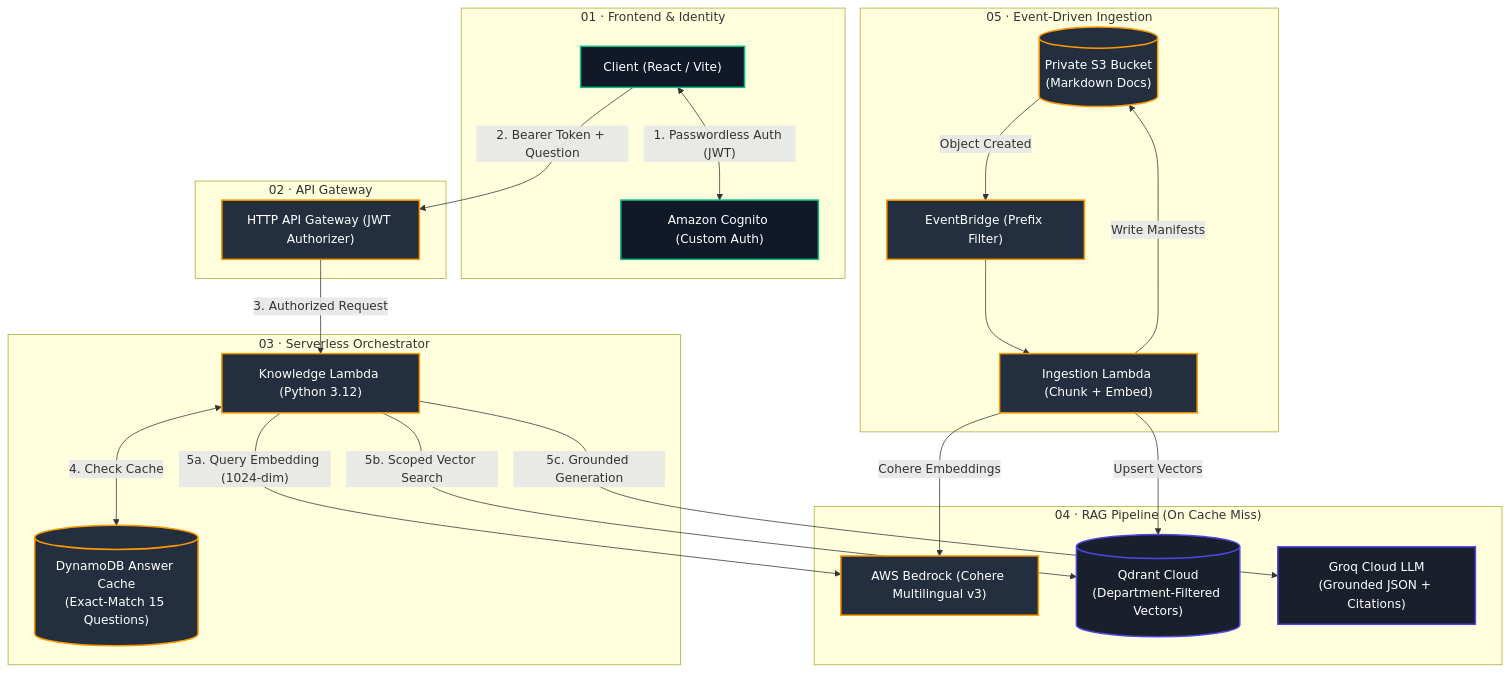
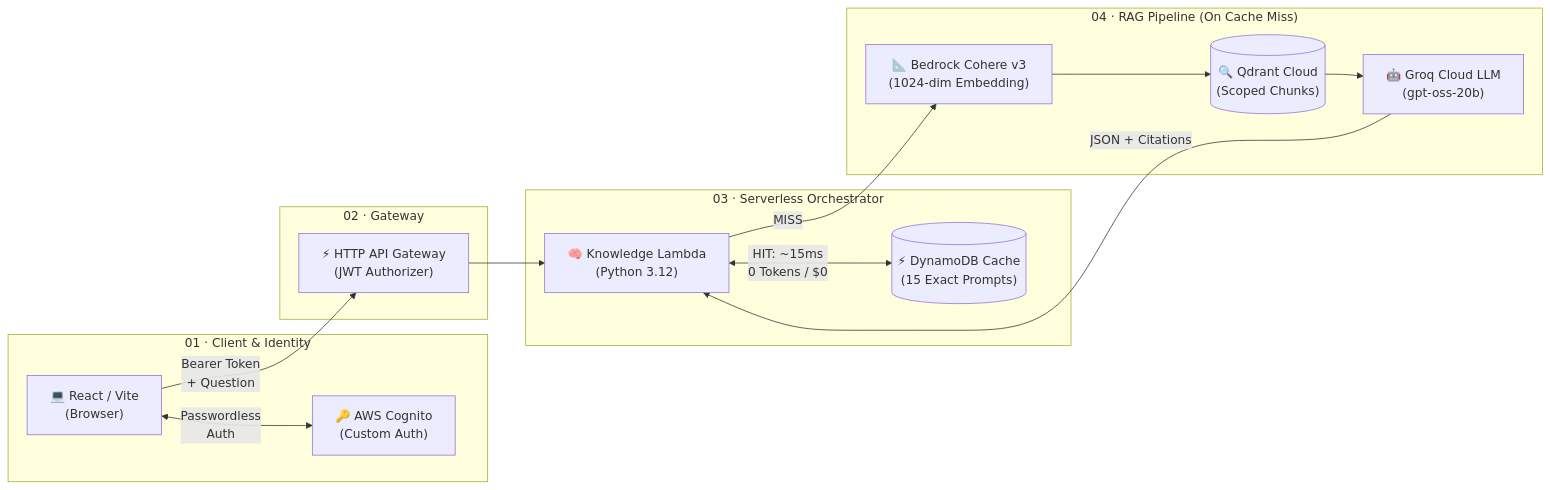
The first of 2 diagrams in README.md (coastk05396/knowledgellm), drawn with Mermaid before and after one commit. The commit also changed other lines of this file, not shown here.

Commit message:
docs(readme): streamline architecture diagrams into clean query and ingestion flows

````diff
--- a/README.md
+++ b/README.md
@@ -13,49 +15,31 @@
 ```mermaid
-flowchart TD
-    subgraph Client ["01 · Frontend & Identity"]
-        User["Client (React / Vite)"]
-        Cognito["Amazon Cognito (Custom Auth)"]
-        User <-->|"1. Passwordless Auth (JWT)"| Cognito
+flowchart LR
+    subgraph Auth ["01 · Client & Identity"]
+        UI["💻 React / Vite\n(Browser)"]
+        Cognito["🔑 AWS Cognito\n(Custom Auth)"]
+        UI <-->|"Passwordless\nAuth"| Cognito
     end
 
-    subgraph Gateway ["02 · API Gateway"]
-        APIGW["HTTP API Gateway (JWT Authorizer)"]
-        User -->|"2. Bearer Token + Question"| APIGW
+    subgraph Gateway ["02 · Gateway"]
+        APIGW["⚡ HTTP API Gateway\n(JWT Authorizer)"]
+        UI -->|"Bearer Token\n+ Question"| APIGW
     end
 
-    subgraph Backend ["03 · Serverless Orchestrator"]
-        Lambda["Knowledge Lambda (Python 3.12)"]
-        APIGW -->|"3. Authorized Request"| Lambda
-        DynamoDB[("DynamoDB Answer Cache\n(Exact-Match 15 Questions)")]
-        Lambda <-->|"4. Check Cache"| DynamoDB
+    subgraph Core ["03 · Serverless Orchestrator"]
+        Lambda["🧠 Knowledge Lambda\n(Python 3.12)"]
+        APIGW --> Lambda
+        Cache[("⚡ DynamoDB Cache\n(15 Exact Prompts)")]
+        Lambda <-->|"HIT: ~15ms\n0 Tokens / $0"| Cache
     end
 
     subgraph RAG ["04 · RAG Pipeline (On Cache Miss)"]
-        Bedrock["AWS Bedrock (Cohere Multilingual v3)"]
-        Qdrant[("Qdrant Cloud\n(Department-Filtered Vectors)")]
-        Groq["Groq Cloud LLM\n(Grounded JSON + Citations)"]
-        
-        Lambda -->|"5a. Query Embedding (1024-dim)"| Bedrock
-        Lambda -->|"5b. Scoped Vector Search"| Qdrant
-        Lambda -->|"5c. Grounded Generation"| Groq
+        Bedrock["📐 Bedrock Cohere v3\n(1024-dim Embedding)"]
+        Qdrant[("🔍 Qdrant Cloud\n(Scoped Chunks)")]
+        Groq["🤖 Groq Cloud LLM\n(gpt-oss-20b)"]
+
+        Lambda -->|"MISS"| Bedrock
+        Bedrock --> Qdrant
+        Qdrant --> Groq
+        Groq -->|"JSON + Citations"| Lambda
     end
-
-    subgraph Ingestion ["05 · Event-Driven Ingestion"]
-        S3[("Private S3 Bucket\n(Markdown Docs)")]
-        EB["EventBridge (Prefix Filter)"]
-        IngestLambda["Ingestion Lambda (Chunk + Embed)"]
-        
-        S3 -->|"Object Created"| EB
-        EB --> IngestLambda
-        IngestLambda -->|"Cohere Embeddings"| Bedrock
-        IngestLambda -->|"Upsert Vectors"| Qdrant
-        IngestLambda -->|"Write Manifests"| S3
-    end
-
-    classDef aws fill:#232f3e,stroke:#ff9900,stroke-width:2px,color:#fff;
-    classDef ext fill:#1a1f2c,stroke:#4f46e5,stroke-width:2px,color:#fff;
-    classDef client fill:#111827,stroke:#10b981,stroke-width:2px,color:#fff;
-    class User,Cognito client;
-    class APIGW,Lambda,DynamoDB,Bedrock,S3,EB,IngestLambda aws;
-    class Qdrant,Groq ext;
 ```
````
